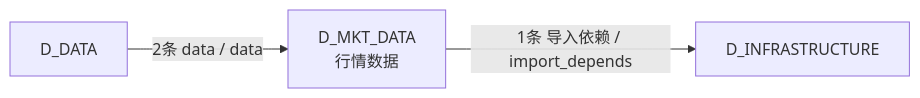
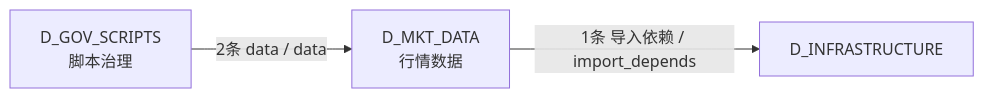
Before and after one commit to xuanFelixVan/ZephyrAlpha: the fourth of 4 diagrams in docs/02_enterprise_architecture/02_domain_architecture_docs/20_d_mkt_data.md, drawn with Mermaid. The commit also changed other lines of this file and 116 other files, not shown here.

````diff
--- a/docs/02_enterprise_architecture/02_domain_architecture_docs/20_d_mkt_data.md
+++ b/docs/02_enterprise_architecture/02_domain_architecture_docs/20_d_mkt_data.md
@@ -166,8 +166,8 @@
 ```mermaid
 graph LR
     D_MKT_DATA["D_MKT_DATA<br/>行情数据"]
     D_INFRASTRUCTURE["D_INFRASTRUCTURE"]
-    D_DATA["D_DATA"]
+    D_GOV_SCRIPTS["D_GOV_SCRIPTS<br/>脚本治理"]
     D_MKT_DATA -->|1条 导入依赖 / import_depends| D_INFRASTRUCTURE
-    D_DATA -->|2条 data / data| D_MKT_DATA
+    D_GOV_SCRIPTS -->|2条 data / data| D_MKT_DATA
 ```
````
